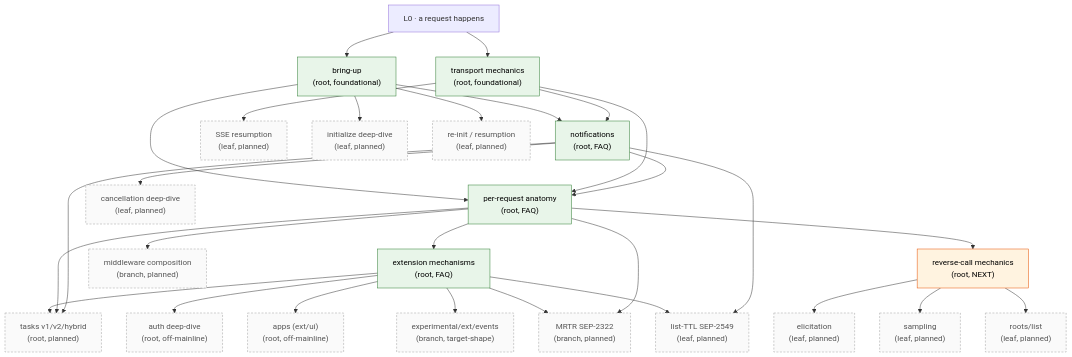
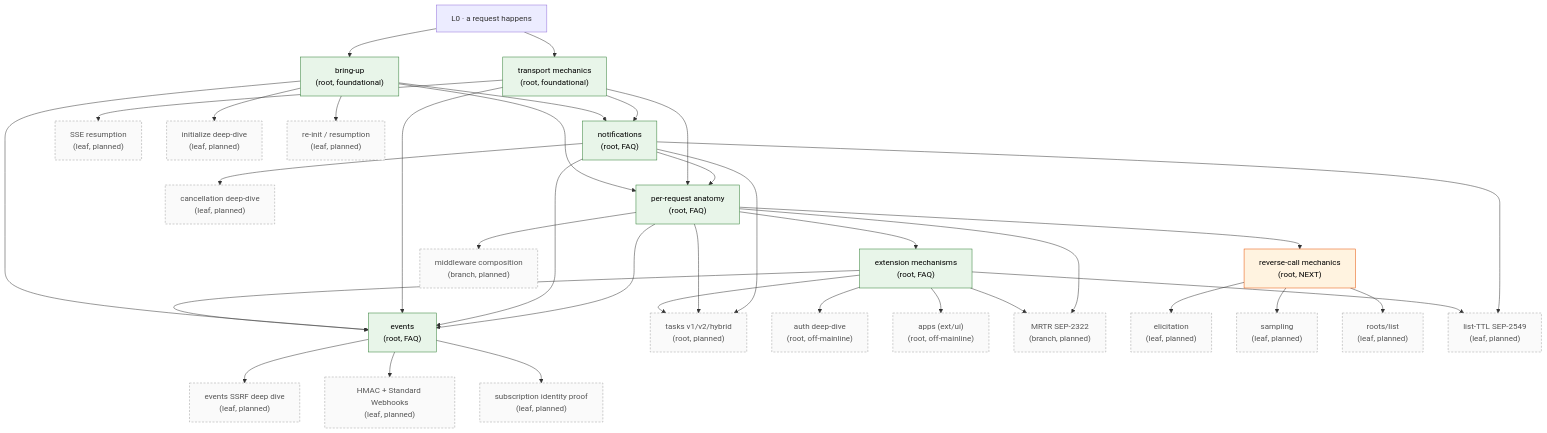
One commit to panyam/mcpkit changed the diagram in tutorials/walkthrough/INDEX.md. Above: the diagram before and after it, drawn with Mermaid. The commit also changed other lines of this file and 5 other files, not shown here.

````diff
--- a/tutorials/walkthrough/INDEX.md
+++ b/tutorials/walkthrough/INDEX.md
@@ -69,6 +76,7 @@
     notif["notifications<br/>(root, FAQ)"]
     anat["per-request anatomy<br/>(root, FAQ)"]
     ext["extension mechanisms<br/>(root, FAQ)"]
+    events["events<br/>(root, FAQ)"]
 
     rev["reverse-call mechanics<br/>(root, NEXT)"]
     tasks["tasks v1/v2/hybrid<br/>(root, planned)"]
@@ -80,7 +88,9 @@
     mrtr["MRTR SEP-2322<br/>(branch, planned)"]
     init["initialize deep-dive<br/>(leaf, planned)"]
     reinit["re-init / resumption<br/>(leaf, planned)"]
-    events["experimental/ext/events<br/>(branch, target-shape)"]
+    eventsSsrf["events SSRF deep dive<br/>(leaf, planned)"]
+    eventsHmac["HMAC + Standard Webhooks<br/>(leaf, planned)"]
+    eventsIdentity["subscription identity proof<br/>(leaf, planned)"]
     elicit["elicitation<br/>(leaf, planned)"]
     sample["sampling<br/>(leaf, planned)"]
     rootsLeaf["roots/list<br/>(leaf, planned)"]
@@ -101,6 +111,10 @@
     ext --> auth
     ext --> apps
     ext --> events
+    bringup --> events
+    wire --> events
+    notif --> events
+    anat --> events
     ext --> mrtr
     ext --> listttl
     anat --> rev
@@ -113,6 +127,10 @@
     bringup --> init
     bringup --> reinit
 
+    events --> eventsSsrf
+    events --> eventsHmac
+    events --> eventsIdentity
+
     rev --> elicit
     rev --> sample
     rev --> rootsLeaf
@@ -122,13 +140,14 @@
     classDef written fill:#e8f5e9,stroke:#2e7d32,color:#000;
     classDef next fill:#fff3e0,stroke:#e65100,color:#000;
     classDef planned fill:#fafafa,stroke:#9e9e9e,stroke-dasharray:4 3,color:#555;
-    class bringup,wire,notif,anat,ext written;
+    class bringup,wire,notif,anat,ext,events written;
     class rev next;
-    class tasks,auth,apps,resume,mw,mrtr,init,reinit,events,elicit,sample,rootsLeaf,canceldeep,listttl planned;
+    class tasks,auth,apps,resume,mw,mrtr,init,reinit,eventsSsrf,eventsHmac,eventsIdentity,elicit,sample,rootsLeaf,canceldeep,listttl planned;
 
     click bringup "./bringup.md"
     click wire "./transport-mechanics.md"
     click notif "./notifications.md"
     click anat "./request-anatomy.md"
     click ext "./extension-mechanisms.md"
+    click events "./events.md"
 ```
````
